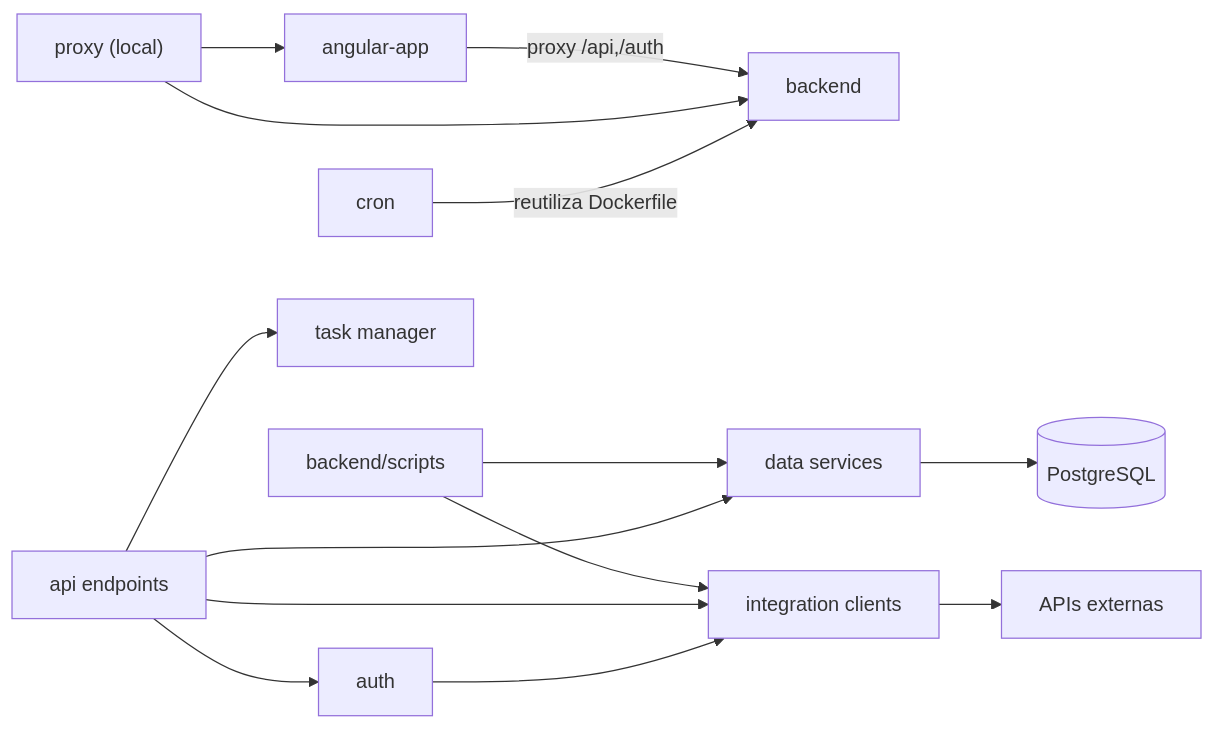
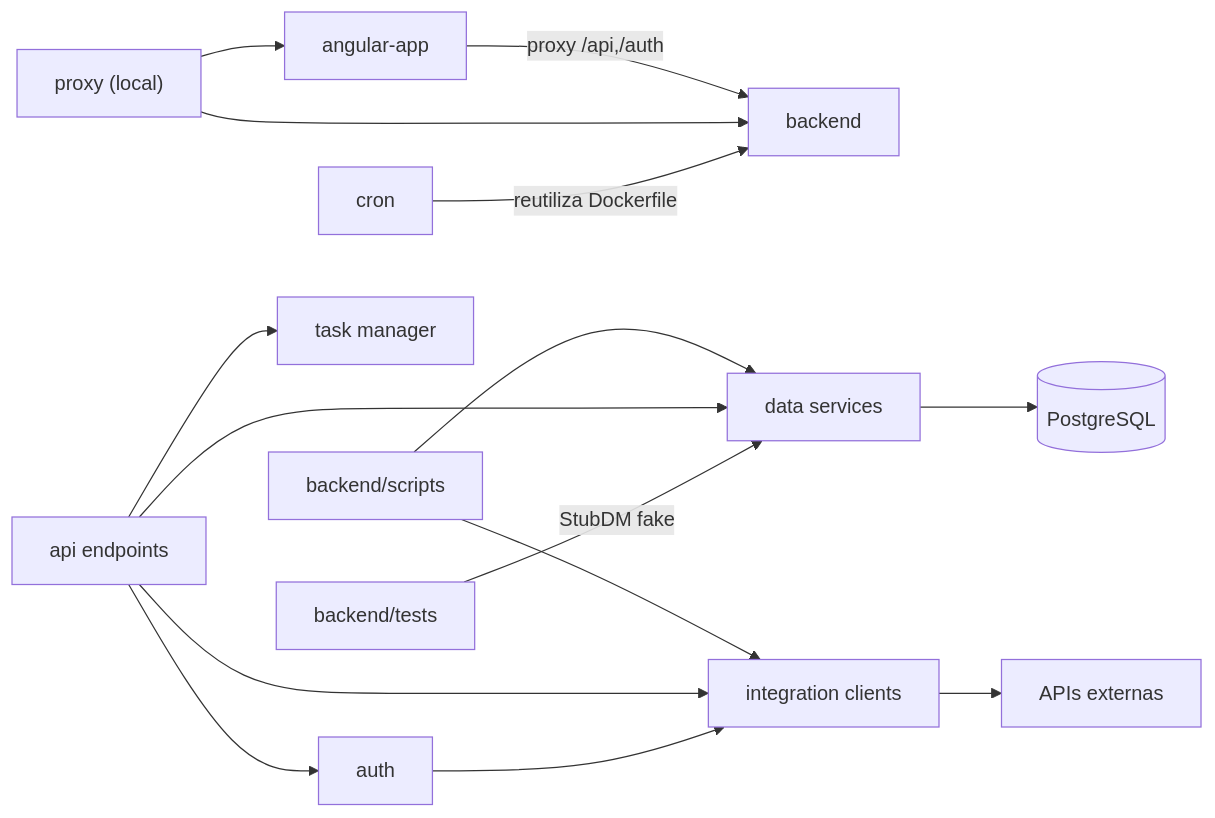
The diagram in aidlc/spaces/default/codekb/futmondo-analytics/dependencies.md (Mutinho/futmondo-analytics), drawn with Mermaid before and after one commit. The commit also changed other lines of this file and 46 other files, not shown here.

````diff
--- a/aidlc/spaces/default/codekb/futmondo-analytics/dependencies.md
+++ b/aidlc/spaces/default/codekb/futmondo-analytics/dependencies.md
@@ -33,16 +43,17 @@
 ```mermaid
 graph LR
     FE["angular-app"] -->|proxy /api,/auth| BE["backend"]
     PROXY["proxy (local)"] --> BE
     PROXY --> FE
     CRON["cron"] -->|reutiliza Dockerfile| BE
     SCRIPTS["backend/scripts"] --> SVC["data services"]
     SCRIPTS --> IC["integration clients"]
     EP["api endpoints"] --> SVC
     EP --> IC
     EP --> TM["task manager"]
     EP --> AUTH["auth"]
     AUTH --> IC
     SVC --> DB[("PostgreSQL")]
     IC --> EXT["APIs externas"]
+    TESTS["backend/tests"] -->|StubDM fake| SVC
 ```
````
